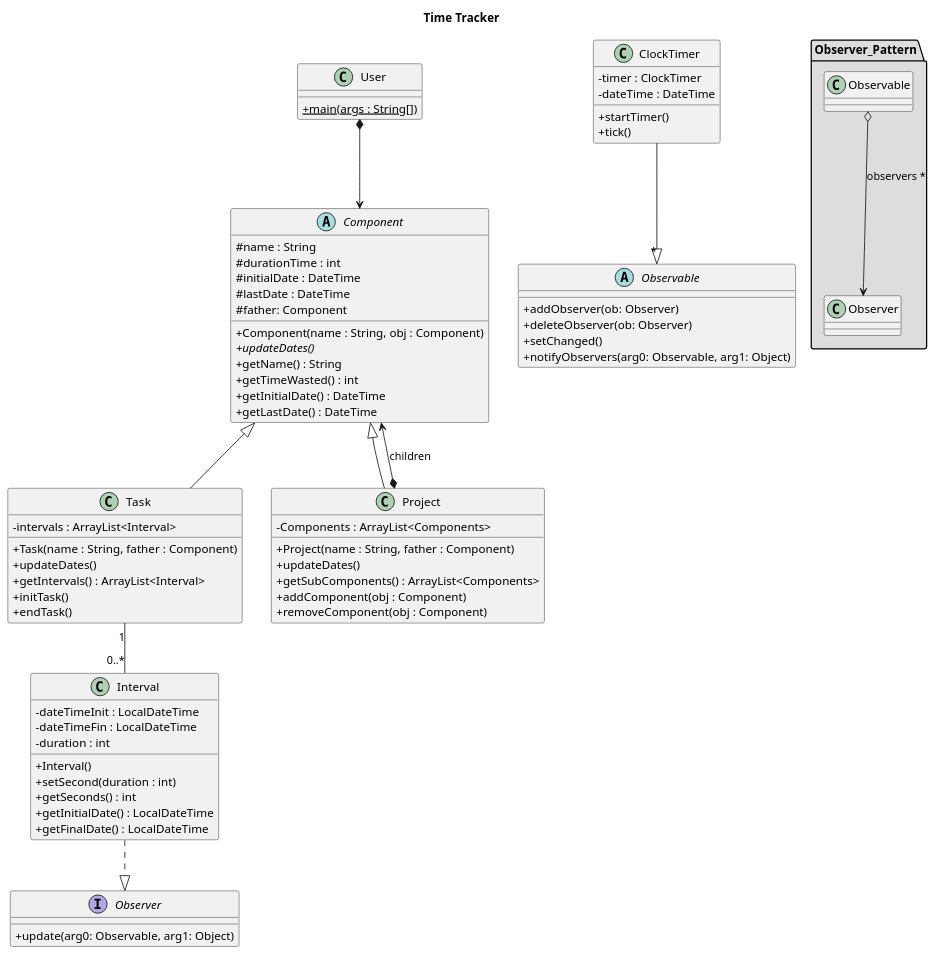
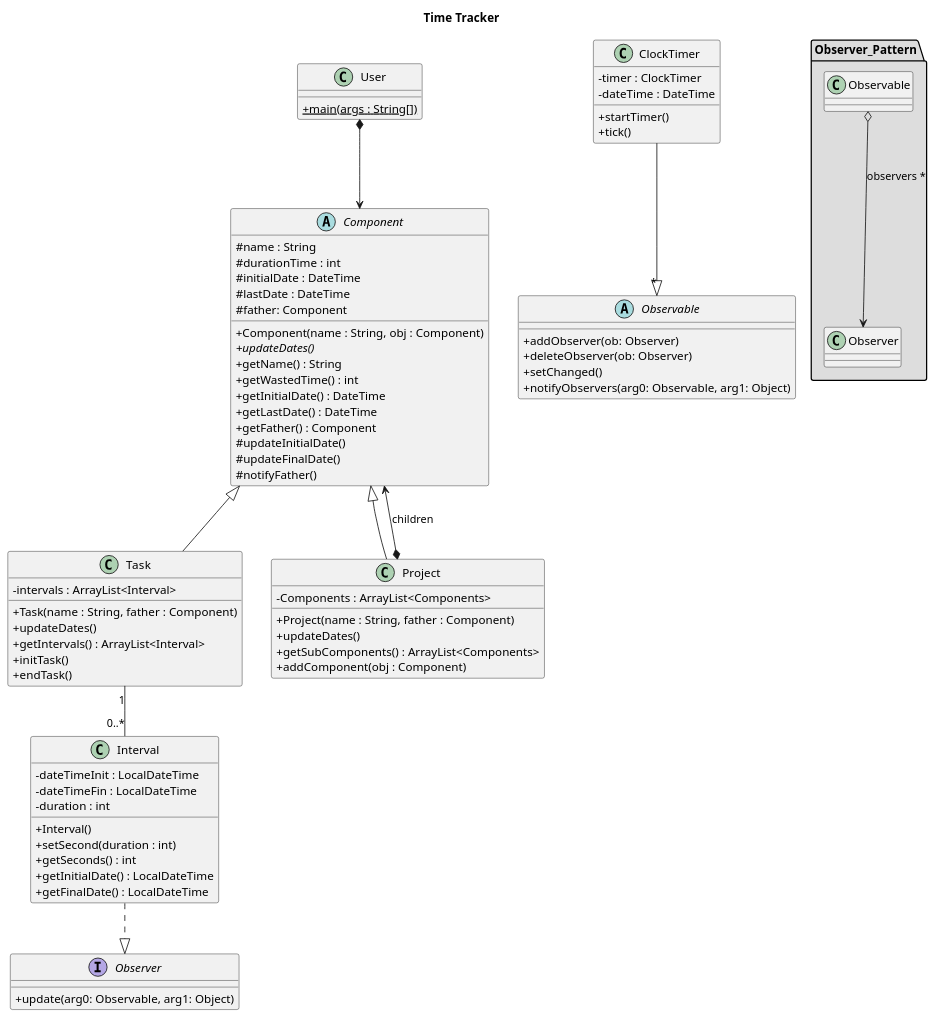
The diagram in diagram/classDiagramV2.puml (joaquimcodina/TimeTracker), drawn with PlantUML before and after one commit.

```diff
--- a/diagram/classDiagramV2.puml
+++ b/diagram/classDiagramV2.puml
@@ -1,83 +1,89 @@
 @startuml
 skinparam classAttributeIconSize 0
 
 title "Time Tracker"
 
 class User {
 +{static} main(args : String[])
 }
 
 class Task extends Component{
 - intervals : ArrayList<Interval>
 + Task(name : String, father : Component)
 + updateDates()
 + getIntervals() : ArrayList<Interval>
 + initTask()
 + endTask()
 }
 
 class Project extends Component {
 - Components : ArrayList<Components>
 + Project(name : String, father : Component)
 + updateDates()
 + getSubComponents() : ArrayList<Components>
 + addComponent(obj : Component)
-+ removeComponent(obj : Component)
 }
 
 package "Observer_Pattern" #DDDDDD{
     Observable o--> Observer : observers *
 }
 
 abstract class Observable{
 + addObserver(ob: Observer)
 + deleteObserver(ob: Observer)
 +setChanged()
 +notifyObservers(arg0: Observable, arg1: Object)
 }
 
 interface Observer{
 +update(arg0: Observable, arg1: Object)
 }
 
 class ClockTimer{
 - timer : ClockTimer
 - dateTime : DateTime
 + startTimer()
 + tick()
 }
 
 abstract class Component{
 # name : String
 # durationTime : int
 # initialDate : DateTime
 # lastDate : DateTime
 # father: Component
 + Component(name : String, obj : Component)
 + {abstract} updateDates()
 + getName() : String
-+ getTimeWasted() : int
++ getWastedTime() : int
 + getInitialDate() : DateTime
 + getLastDate() : DateTime
++ getFather() : Component
+# updateInitialDate()
+# updateFinalDate()
+# notifyFather()
 }
 
 class Interval {
 - dateTimeInit : LocalDateTime
 - dateTimeFin : LocalDateTime
 - duration : int
 + Interval()
 + setSecond(duration : int)
 + getSeconds() : int
 + getInitialDate() : LocalDateTime
 + getFinalDate() : LocalDateTime
 }
 
 
+
+
 User *--> Component
 'Project "1"-left-"0..*" Project
 Component <--* Project : "children"
 Task "1"--"0..*" Interval
 ClockTimer --|> "*" Observable
 Interval ..|> Observer
 
+
 @enduml
```
